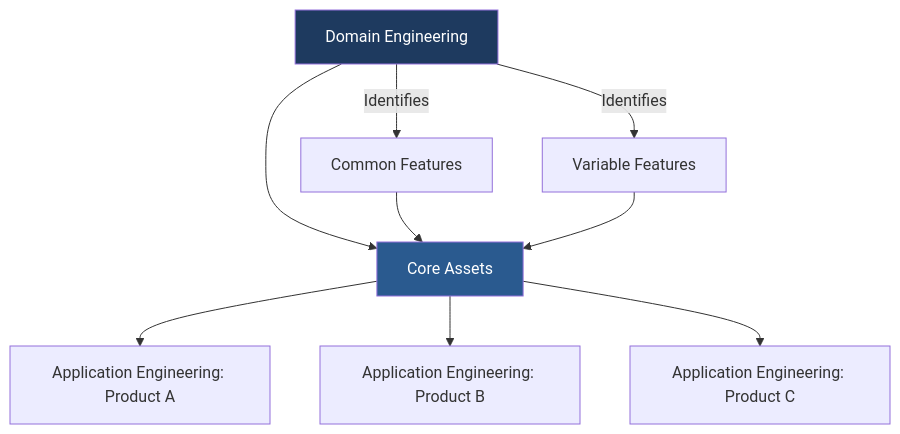
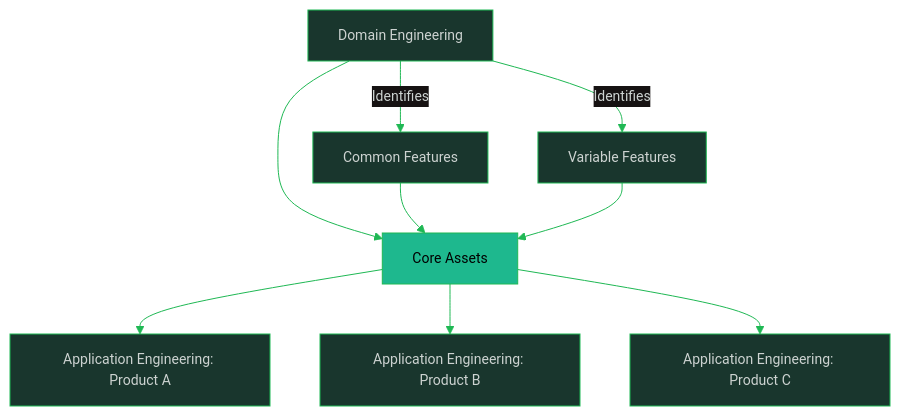
The first of 9 diagrams in software-engineering-note/03_Software_Design/09_Variability_and_Feature_Models.md (oat431/swe-knowledge), drawn with Mermaid before and after one commit. The commit also changed other lines of this file and 116 other files, not shown here.

````diff
--- a/software-engineering-note/03_Software_Design/09_Variability_and_Feature_Models.md
+++ b/software-engineering-note/03_Software_Design/09_Variability_and_Feature_Models.md
@@ -20,16 +20,17 @@
 ```mermaid
+%%{init: {'theme':'base','themeVariables':{'primaryColor':'#19362D','primaryTextColor':'#CDD3D1','primaryBorderColor':'#1FB854','lineColor':'#1FB854','secondaryColor':'#161212','tertiaryColor':'#1B1717','background':'#1B1717','mainBkg':'#19362D','nodeBorder':'#1FB854','clusterBkg':'#161212','clusterBorder':'#19362D','titleColor':'#1FB854','edgeLabelBackground':'#161212','fontSize':'14px'}}}%%
 flowchart TD
     DE[Domain Engineering] --> CA[Core Assets]
     CA --> AE1[Application Engineering: Product A]
     CA --> AE2[Application Engineering: Product B]
     CA --> AE3[Application Engineering: Product C]
     
     DE -->|Identifies| CF[Common Features]
     DE -->|Identifies| VF[Variable Features]
     
     CF --> CA
     VF --> CA
     
-    style CA fill:#2a5a8f,color:#fff
-    style DE fill:#1e3a5f,color:#fff
+    style CA fill:#1EB88E,color:#000000
+    style DE fill:#19362D,color:#CDD3D1
 ```
````
